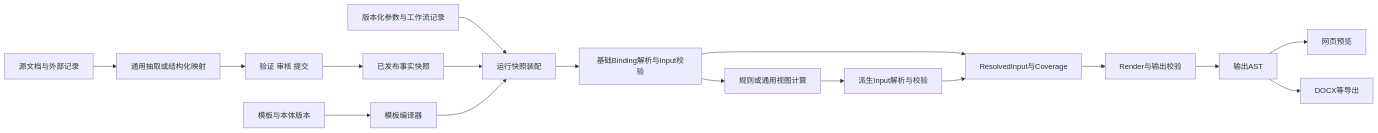
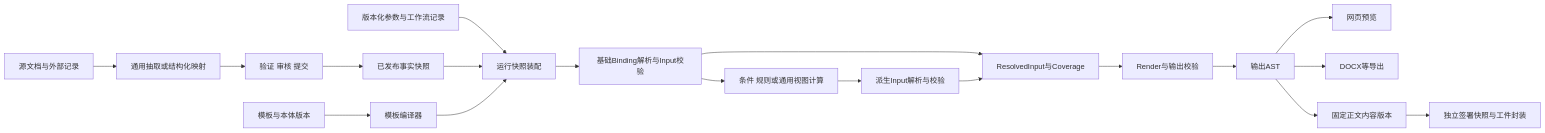
The diagram in docs/报告模板特性的输出语义化重构.md (chunpingji/ontology-agent), drawn with Mermaid before and after one commit. The commit also changed other lines of this file and 355 other files, not shown here.

````diff
--- a/docs/报告模板特性的输出语义化重构.md
+++ b/docs/报告模板特性的输出语义化重构.md
@@ -156,19 +175,21 @@
 ```mermaid
 flowchart LR
     A[源文档与外部记录] --> B[通用抽取或结构化映射]
     B --> C[验证 审核 提交]
     C --> D[已发布事实快照]
     P[版本化参数与工作流记录] --> F[运行快照装配]
     D --> F
     T[模板与本体版本] --> K[模板编译器]
     K --> F
     F --> I[基础Binding解析与Input校验]
-    I --> Q[规则或通用视图计算]
+    I --> Q[条件 规则或通用视图计算]
     Q --> J[派生Input解析与校验]
     I --> R[ResolvedInput与Coverage]
     J --> R
     R --> O[Render与输出校验]
     O --> X[输出AST]
     X --> W[网页预览]
     X --> Y[DOCX等导出]
+    X --> H[固定正文内容版本]
+    H --> Z[独立签署快照与工件封装]
 ```
````
